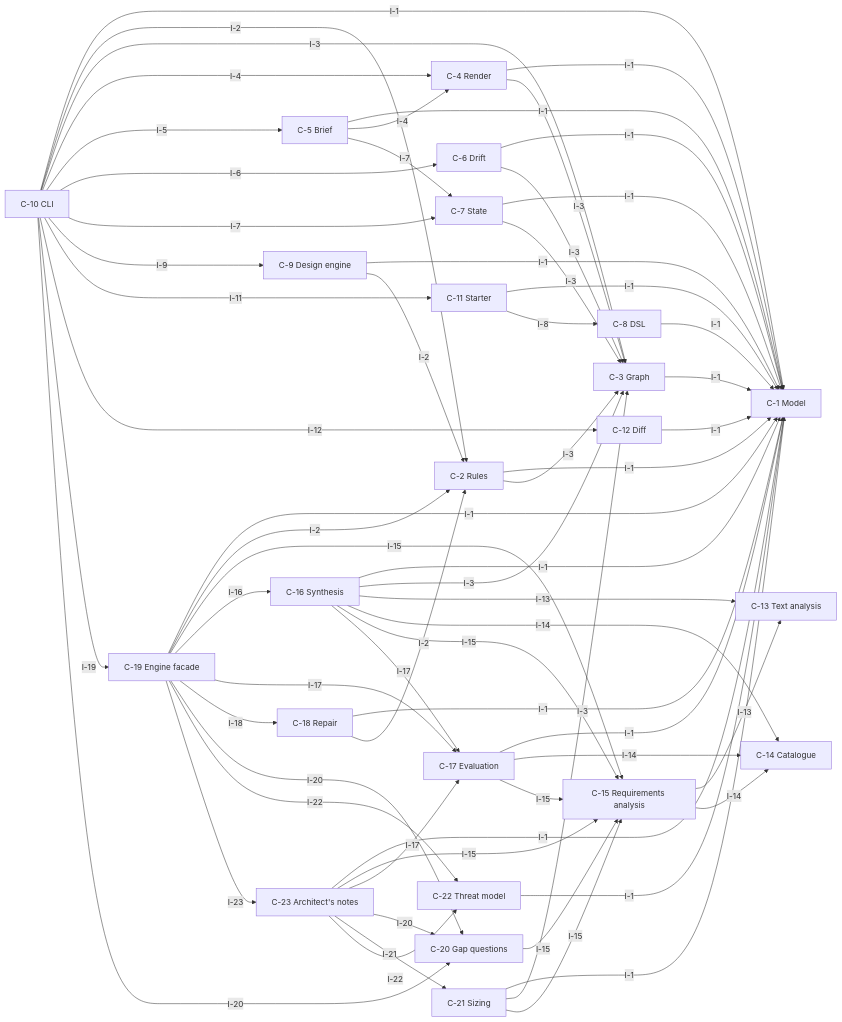
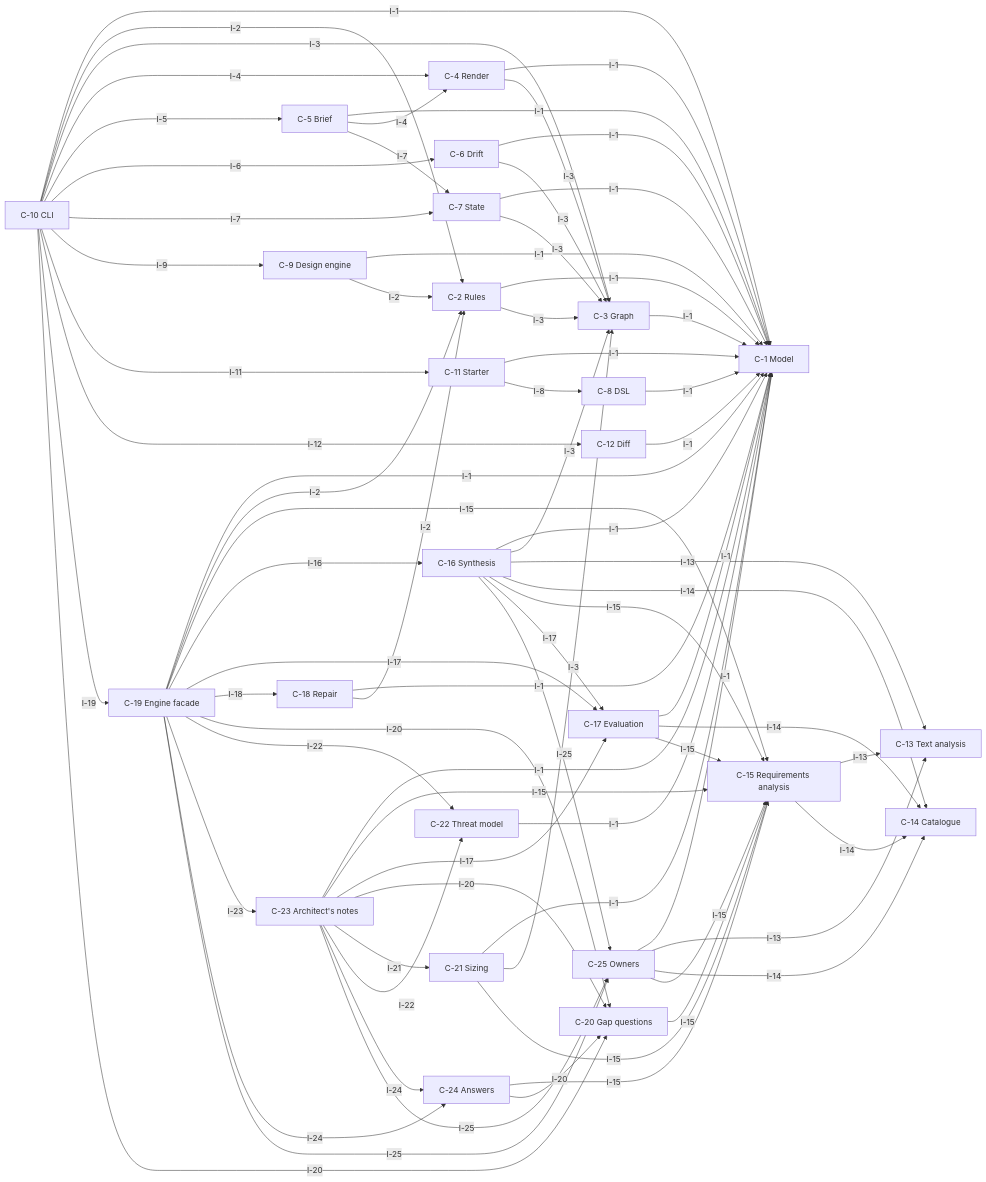
Before and after one commit to yui9696/sekkei: the first of 8 diagrams in examples/self/DESIGN.md, drawn with Mermaid. The commit also changed other lines of this file and 27 other files, not shown here.

````diff
--- a/examples/self/DESIGN.md
+++ b/examples/self/DESIGN.md
@@ -61,6 +63,8 @@
   C_17["C-17 Evaluation"]
   C_18["C-18 Repair"]
   C_19["C-19 Engine facade"]
+  C_24["C-24 Answers"]
+  C_25["C-25 Owners"]
   C_20["C-20 Gap questions"]
   C_21["C-21 Sizing"]
   C_22["C-22 Threat model"]
@@ -103,6 +107,7 @@
   C_16 -->|I-14| C_14
   C_16 -->|I-15| C_15
   C_16 -->|I-17| C_17
+  C_16 -->|I-25| C_25
   C_17 -->|I-1| C_1
   C_17 -->|I-14| C_14
   C_17 -->|I-15| C_15
@@ -117,6 +122,14 @@
   C_19 -->|I-20| C_20
   C_19 -->|I-22| C_22
   C_19 -->|I-23| C_23
+  C_19 -->|I-24| C_24
+  C_19 -->|I-25| C_25
+  C_24 -->|I-15| C_15
+  C_24 -->|I-20| C_20
+  C_25 -->|I-1| C_1
+  C_25 -->|I-13| C_13
+  C_25 -->|I-14| C_14
+  C_25 -->|I-15| C_15
   C_20 -->|I-15| C_15
   C_21 -->|I-1| C_1
   C_21 -->|I-3| C_3
@@ -128,4 +141,6 @@
   C_23 -->|I-20| C_20
   C_23 -->|I-21| C_21
   C_23 -->|I-22| C_22
+  C_23 -->|I-24| C_24
+  C_23 -->|I-25| C_25
 ```
````
